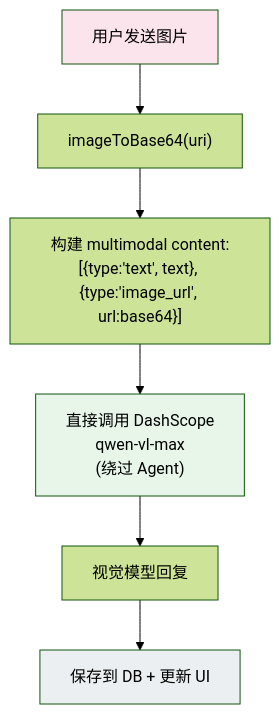
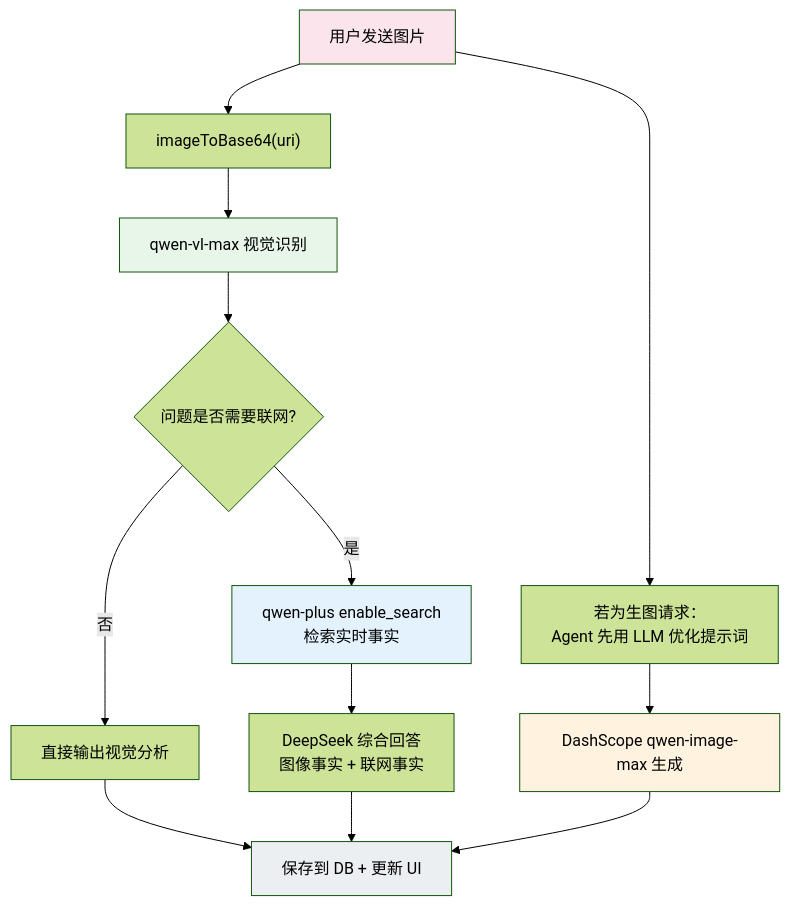
One commit to jitok123/AI-Assistant-Anywhere changed the third of 3 diagrams in 架构文档/log8_message_pipeline.md. Above: the diagram before and after it, drawn with Mermaid (forest theme). The commit also changed other lines of this file and 10 other files, not shown here.

Commit message:
V1.7 feat: 添加统一错误处理和 API 版本配置，优化图片生成提示词

````diff
--- a/架构文档/log8_message_pipeline.md
+++ b/架构文档/log8_message_pipeline.md
@@ -121,12 +121,21 @@
 ```mermaid
 graph TD
     IMG["用户发送图片"] --> B64["imageToBase64(uri)"]
-    B64 --> MC["构建 multimodal content:<br/>[{type:'text', text}, {type:'image_url', url:base64}]"]
-    MC --> VIS["直接调用 DashScope<br/>qwen-vl-max<br/>(绕过 Agent)"]
-    VIS --> RES["视觉模型回复"]
-    RES --> SAVE["保存到 DB + 更新 UI"]
+    B64 --> VIS["qwen-vl-max 视觉识别"]
+    VIS --> NEED{"问题是否需要联网?"}
+    NEED -->|否| DIRECT["直接输出视觉分析"]
+    NEED -->|是| SEARCH["qwen-plus enable_search<br/>检索实时事实"]
+    SEARCH --> SYN["DeepSeek 综合回答<br/>图像事实 + 联网事实"]
+    DIRECT --> SAVE["保存到 DB + 更新 UI"]
+    SYN --> SAVE
+
+    IMG --> PROMPT["若为生图请求：\nAgent 先用 LLM 优化提示词"]
+    PROMPT --> DRAW["DashScope qwen-image-max 生成"]
+    DRAW --> SAVE
 
     style IMG fill:#FCE4EC
     style VIS fill:#E8F5E9
+    style SEARCH fill:#E3F2FD
+    style DRAW fill:#FFF3E0
     style SAVE fill:#ECEFF1
 ```
````
